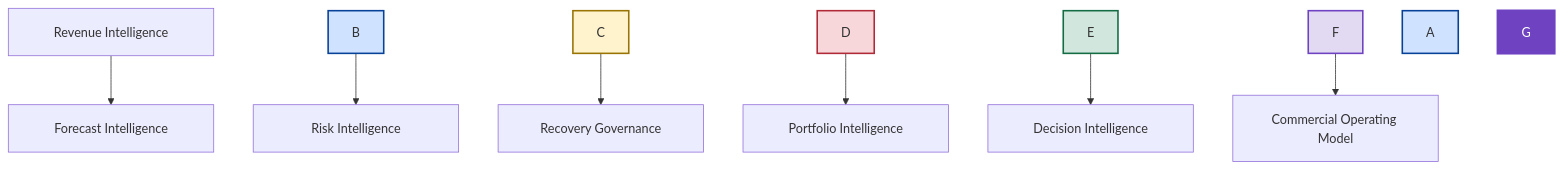
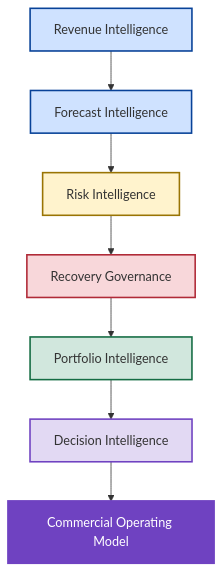
Before and after one commit to AwesomeAnil/newbridge-saas-operating-system: the second of 3 diagrams in 12_Next_Generation_Operating_Model/next-generation-revenue-operating-model.md, drawn with Mermaid. The commit also changed other lines of this file, not shown here.

First line of the commit message:
Update next-generation-revenue-operating-model.md

````diff
--- a/12_Next_Generation_Operating_Model/next-generation-revenue-operating-model.md
+++ b/12_Next_Generation_Operating_Model/next-generation-revenue-operating-model.md
@@ -98,18 +114,31 @@
 ```mermaid
 flowchart TD
-A\["<table><tr><td width='350' align='center'>Revenue Intelligence</td></tr></table>"] --> B\["<table><tr><td width='350' align='center'>Forecast Intelligence</td></tr></table>"]
-B --> C\["<table><tr><td width='350' align='center'>Risk Intelligence</td></tr></table>"]
-C --> D\["<table><tr><td width='350' align='center'>Recovery Governance</td></tr></table>"]
-D --> E\["<table><tr><td width='350' align='center'>Portfolio Intelligence</td></tr></table>"]
-E --> F\["<table><tr><td width='350' align='center'>Decision Intelligence</td></tr></table>"]
-F --> G\["<table><tr><td width='350' align='center'>Commercial Operating Model</td></tr></table>"]
 
-%% Individual Node Color Overrides
+A["Revenue Intelligence"]
+
+--> B["Forecast Intelligence"]
+
+--> C["Risk Intelligence"]
+
+--> D["Recovery Governance"]
+
+--> E["Portfolio Intelligence"]
+
+--> F["Decision Intelligence"]
+
+--> G["Commercial Operating Model"]
+
 style A fill:#cfe2ff,stroke:#084298,stroke-width:2px
+
 style B fill:#cfe2ff,stroke:#084298,stroke-width:2px
+
 style C fill:#fff3cd,stroke:#997404,stroke-width:2px
+
 style D fill:#f8d7da,stroke:#b02a37,stroke-width:2px
+
 style E fill:#d1e7dd,stroke:#146c43,stroke-width:2px
+
 style F fill:#e2d9f3,stroke:#6f42c1,stroke-width:2px
+
 style G fill:#6f42c1,color:#ffffff,stroke:#6f42c1,stroke-width:3px
 ```
````
